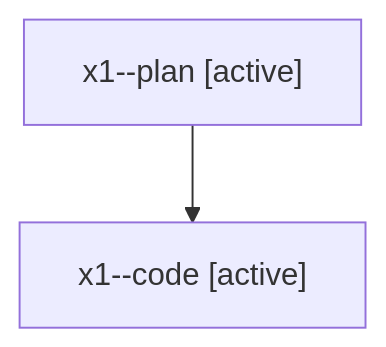
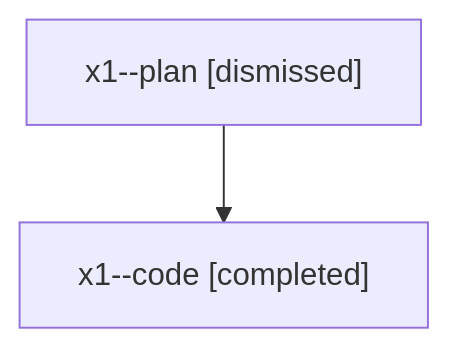
The diagram in families/bbugyi200.athena.x1.md (sase-org/sase--agents), drawn with Mermaid before and after one commit. The commit also changed other lines of this file and 2170 other files, not shown here.

````diff
--- a/families/bbugyi200.athena.x1.md
+++ b/families/bbugyi200.athena.x1.md
@@ -9,6 +9,6 @@
 ```mermaid
 flowchart TD
-  n0["x1--plan [active]"]
-  n1["x1--code [active]"]
+  n0["x1--plan [dismissed]"]
+  n1["x1--code [completed]"]
   n0 --> n1
 ```
````
